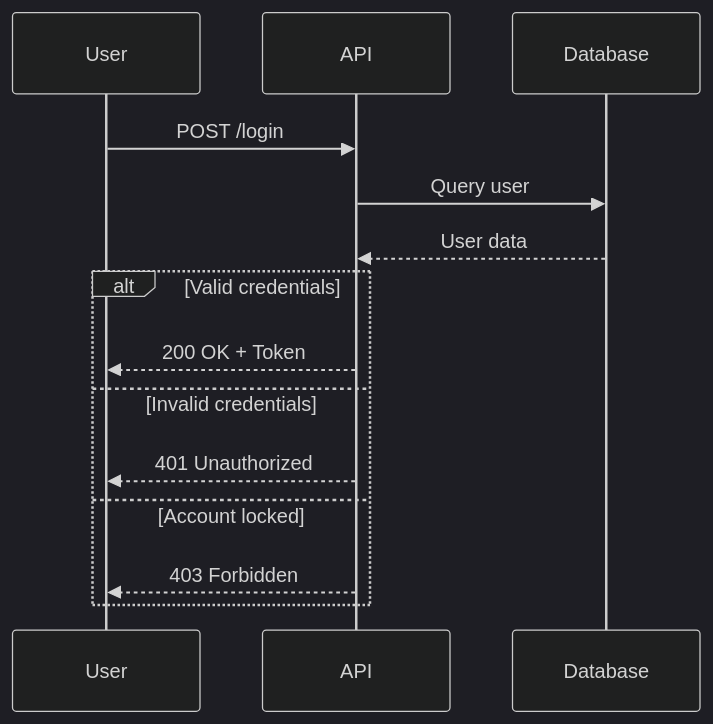
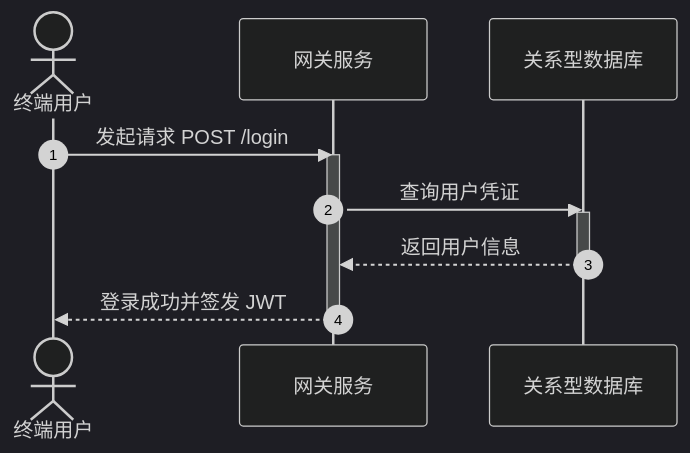
The first of 6 diagrams in skills/mermaid-diagrams/references/sequence-diagrams.md (betterlmy/agent-skills), drawn with Mermaid (dark theme) before and after one commit. The commit also changed other lines of this file and 46 other files, not shown here.

````diff
--- a/skills/mermaid-diagrams/references/sequence-diagrams.md
+++ b/skills/mermaid-diagrams/references/sequence-diagrams.md
@@ -76,14 +7,16 @@
 ```mermaid
 sequenceDiagram
-    User->>API: POST /login
-    API->>Database: Query user
-    Database-->>API: User data
-    
-    alt Valid credentials
-        API-->>User: 200 OK + Token
-    else Invalid credentials
-        API-->>User: 401 Unauthorized
-    else Account locked
-        API-->>User: 403 Forbidden
-    end
+    autonumber
+    actor User as 终端用户
+    participant API as 网关服务
+    participant DB as 关系型数据库
+
+    User->>API: 发起请求 POST /login
+    activate API
+    API->>DB: 查询用户凭证
+    activate DB
+    DB-->>API: 返回用户信息
+    deactivate DB
+    API-->>User: 登录成功并签发 JWT
+    deactivate API
 ```
````
